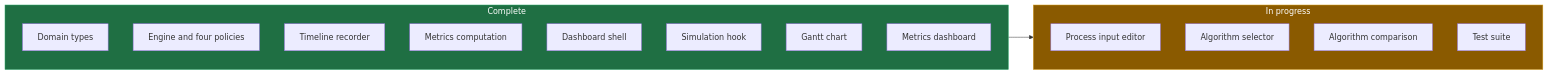
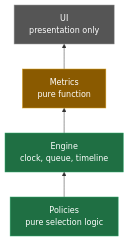
The ninth of 9 diagrams in README.md (ahmedmedhat-se/cpu-process-scheduling-app), drawn with Mermaid before and after one commit. The commit also changed other lines of this file, not shown here.

Commit message:
docs: modifying README.md with OS concepts, architecture, and design decisions

````diff
--- a/README.md
+++ b/README.md
@@ -282,22 +338,10 @@
 ```mermaid
-flowchart LR
-    subgraph Done["Complete"]
-        D1[Domain types]
-        D2[Engine and four policies]
-        D3[Timeline recorder]
-        D4[Metrics computation]
-        D5[Dashboard shell]
-        D6[Simulation hook]
-        D7[Gantt chart]
-        D8[Metrics dashboard]
-    end
-    subgraph WIP["In progress"]
-        W1[Process input editor]
-        W2[Algorithm selector]
-        W3[Algorithm comparison]
-        W4[Test suite]
-    end
-    Done --> WIP
-    style Done fill:#1f6f43,stroke:#2ea66a,color:#ffffff
-    style WIP fill:#8a5a00,stroke:#d49a1a,color:#ffffff
+flowchart BT
+    P["Policies<br/>pure selection logic"] --> EN["Engine<br/>clock, queue, timeline"]
+    EN --> M["Metrics<br/>pure function"]
+    M --> UI["UI<br/>presentation only"]
+    style P fill:#1f6f43,stroke:#2ea66a,color:#ffffff
+    style EN fill:#1f6f43,stroke:#2ea66a,color:#ffffff
+    style M fill:#8a5a00,stroke:#d49a1a,color:#ffffff
+    style UI fill:#555555,stroke:#999999,color:#ffffff
 ```
````
